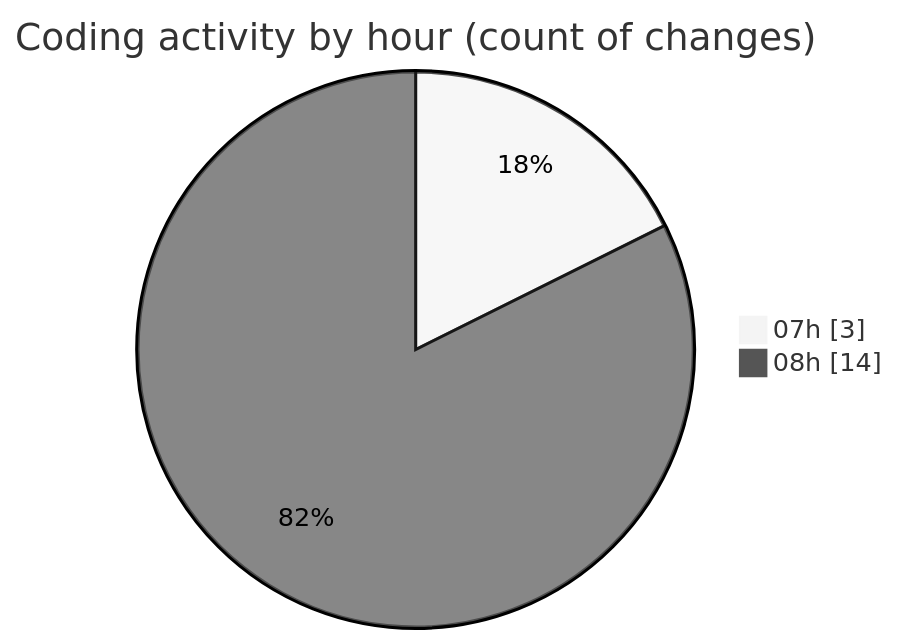
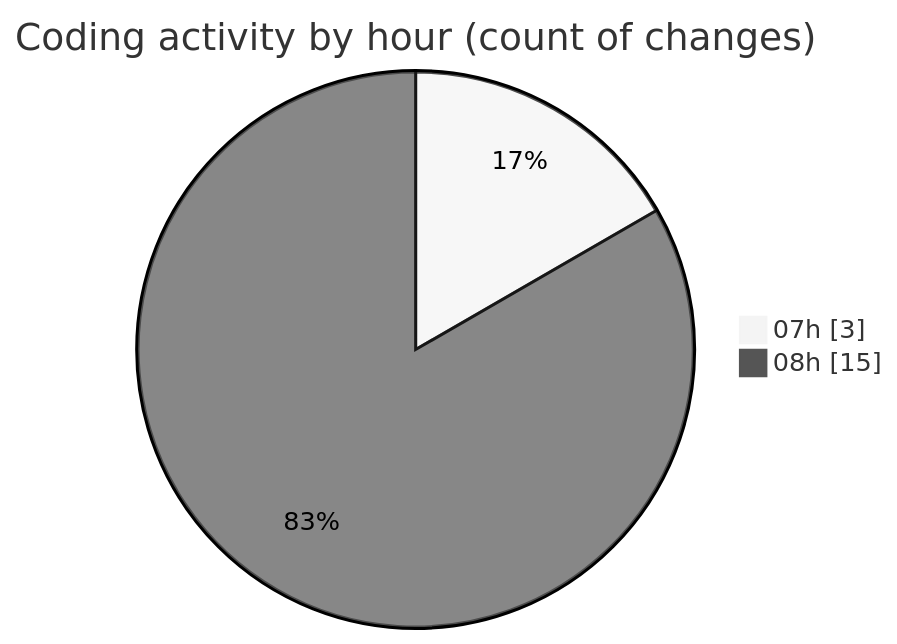
One commit to becaeroporto-bot/code-tracking changed the second of 2 diagrams in 2026-02-20/bot_i_a/README.md. Above: the diagram before and after it, drawn with Mermaid (neutral theme). The commit also changed other lines of this file and 1 other file, not shown here.

````diff
--- a/2026-02-20/bot_i_a/README.md
+++ b/2026-02-20/bot_i_a/README.md
@@ -36,6 +37,6 @@
 ```mermaid
 pie showData
 title Coding activity by hour (count of changes)
 "07h" : 3
-"08h" : 14
+"08h" : 15
 ```
````
